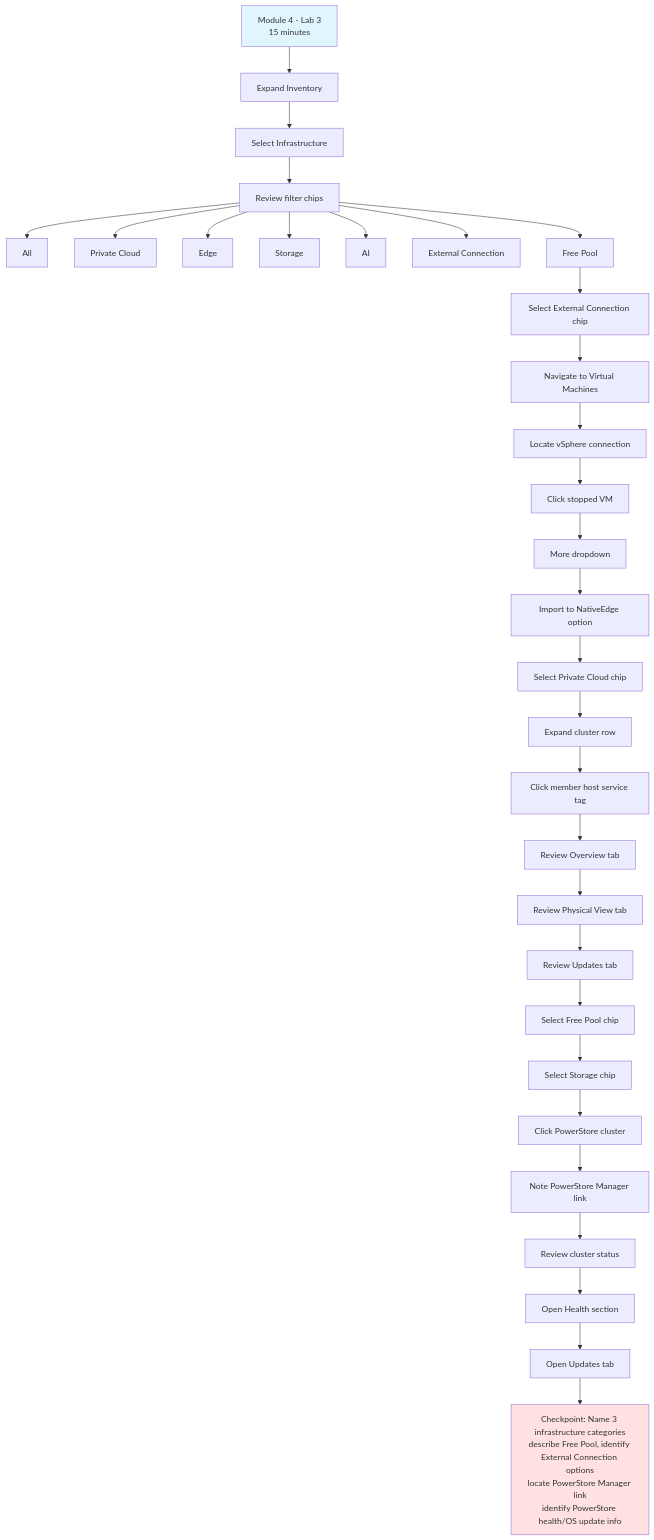
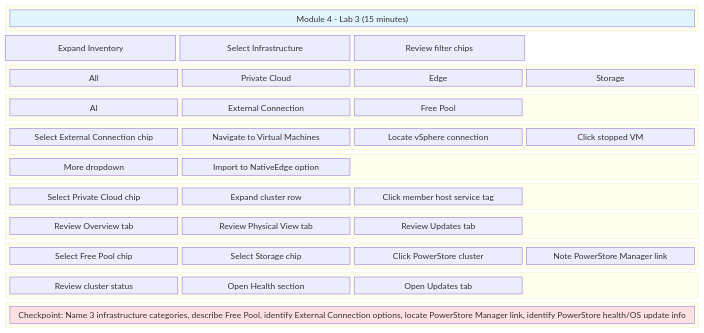
One commit to tme-tech-ops/take-it-for-a-spin-partner-training changed the diagram in docs/Instructor_Screen_Flow/slide_04_module4_lab3.mmd. Above: the diagram before and after it, drawn with Mermaid. The commit also changed 6 other files, not shown here.

First line of the commit message:
Convert diagrams from flowchart to block/grid layout

```diff
--- a/docs/Instructor_Screen_Flow/slide_04_module4_lab3.mmd
+++ b/docs/Instructor_Screen_Flow/slide_04_module4_lab3.mmd
@@ -1,34 +1,73 @@
-flowchart TD
-    A[Module 4 - Lab 3<br/>15 minutes] --> B[Expand Inventory]
-    B --> C[Select Infrastructure]
-    C --> D[Review filter chips]
-    D --> E[All]
-    D --> F[Private Cloud]
-    D --> G[Edge]
-    D --> H[Storage]
-    D --> I[AI]
-    D --> J[External Connection]
-    D --> K[Free Pool]
-    K --> L[Select External Connection chip]
-    L --> M[Navigate to Virtual Machines]
-    M --> N[Locate vSphere connection]
-    N --> O[Click stopped VM]
-    O --> P[More dropdown]
-    P --> Q[Import to NativeEdge option]
-    Q --> R[Select Private Cloud chip]
-    R --> S[Expand cluster row]
-    S --> T[Click member host service tag]
-    T --> U[Review Overview tab]
-    U --> V[Review Physical View tab]
-    V --> W[Review Updates tab]
-    W --> X[Select Free Pool chip]
-    X --> Y[Select Storage chip]
-    Y --> Z[Click PowerStore cluster]
-    Z --> AA[Note PowerStore Manager link]
-    AA --> AB[Review cluster status]
-    AB --> AC[Open Health section]
-    AC --> AD[Open Updates tab]
-    AD --> AE[Checkpoint: Name 3 infrastructure categories<br/>describe Free Pool, identify External Connection options<br/>locate PowerStore Manager link<br/>identify PowerStore health/OS update info]
+block-beta
+    columns 4
+    
+    block:header:4
+        A["Module 4 - Lab 3 (15 minutes)"]
+    end
+    
+    B["Expand Inventory"]
+    C["Select Infrastructure"]
+    D["Review filter chips"]
+    space
+    
+    block:filters:4
+        E["All"]
+        F["Private Cloud"]
+        G["Edge"]
+        H["Storage"]
+    end
+    
+    block:filters2:4
+        I["AI"]
+        J["External Connection"]
+        K["Free Pool"]
+        space
+    end
+    
+    block:external:4
+        L["Select External Connection chip"]
+        M["Navigate to Virtual Machines"]
+        N["Locate vSphere connection"]
+        O["Click stopped VM"]
+    end
+    
+    block:import:4
+        P["More dropdown"]
+        Q["Import to NativeEdge option"]
+        space:2
+    end
+    
+    block:privatecloud:4
+        R["Select Private Cloud chip"]
+        S["Expand cluster row"]
+        T["Click member host service tag"]
+        space
+    end
+    
+    block:review:4
+        U["Review Overview tab"]
+        V["Review Physical View tab"]
+        W["Review Updates tab"]
+        space
+    end
+    
+    block:storage:4
+        X["Select Free Pool chip"]
+        Y["Select Storage chip"]
+        Z["Click PowerStore cluster"]
+        AA["Note PowerStore Manager link"]
+    end
+    
+    block:health:4
+        AB["Review cluster status"]
+        AC["Open Health section"]
+        AD["Open Updates tab"]
+        space
+    end
+    
+    block:checkpoint:4
+        AE["Checkpoint: Name 3 infrastructure categories, describe Free Pool, identify External Connection options, locate PowerStore Manager link, identify PowerStore health/OS update info"]
+    end
 
     style A fill:#e1f5ff
     style AE fill:#ffe1e1
```
